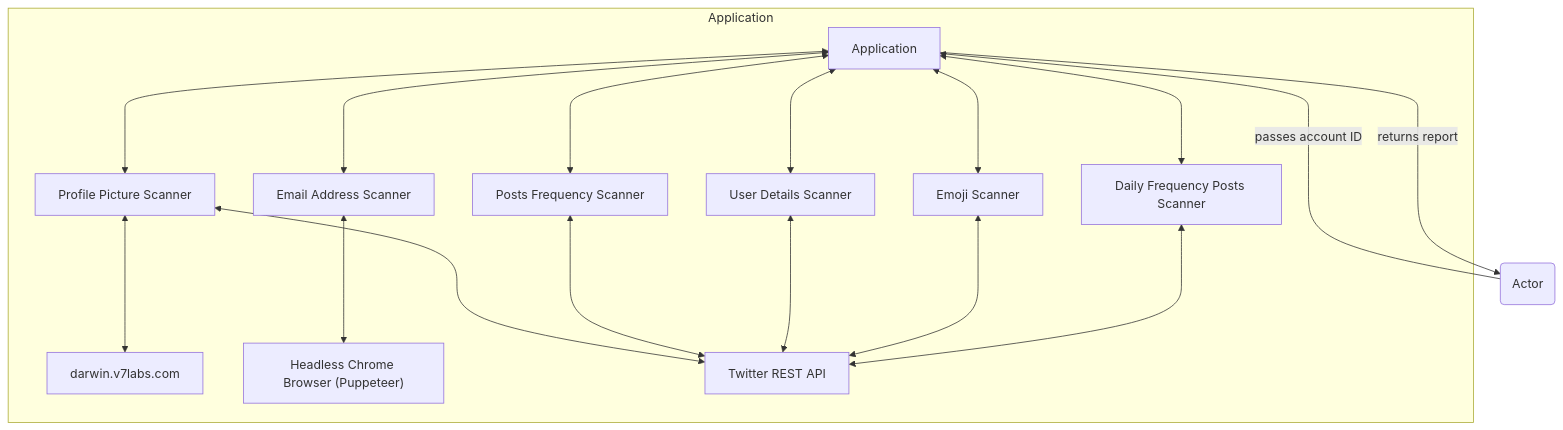
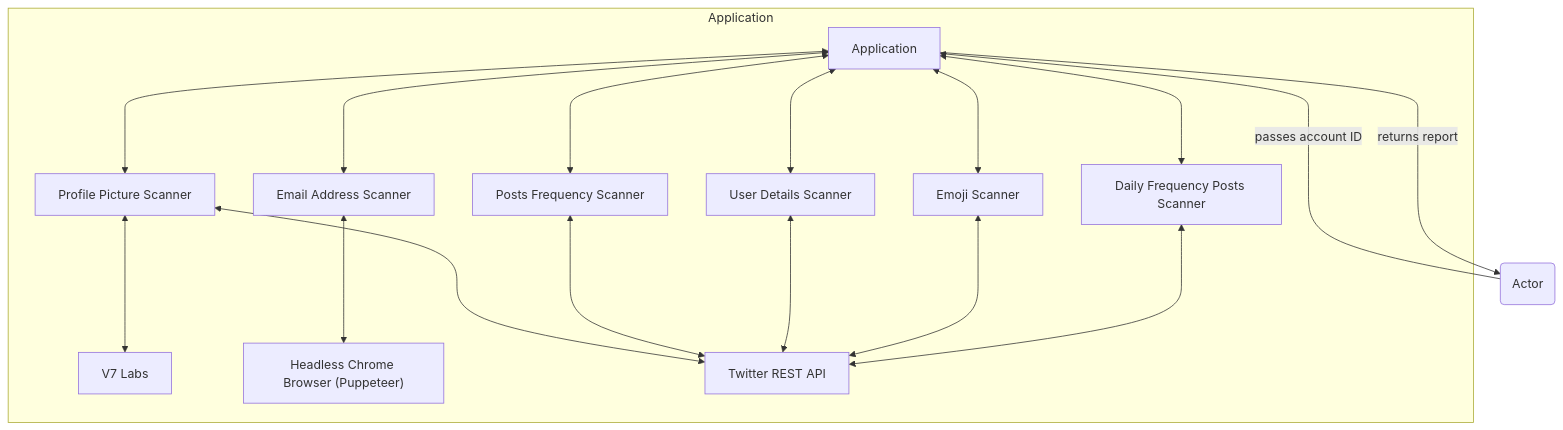
The diagram in README.md (elszczepano/master-thesis-automation), drawn with Mermaid before and after one commit. The commit also changed 3 other files, not shown here.

````diff
--- a/README.md
+++ b/README.md
@@ -24,20 +24,20 @@
 ```mermaid
 flowchart BT
     A(Actor) -- passes account ID ----> B[Application]
     B -- returns report --> A
     subgraph Application
         C[Profile Picture Scanner] <---> B
         E[Posts Frequency Scanner] <---> B
         F[User Details Scanner] <---> B
         G[Emoji Scanner] <---> B
         K[Daily Frequency Posts Scanner]  <---> B
         D[Email Address Scanner] <---> B
-        H[darwin.v7labs.com] <---> C
+        H[V7 Labs] <---> C
         I["Headless Chrome Browser (Puppeteer)"] <---> D
         J[Twitter REST API] <---> C
         J[Twitter REST API] <---> E
         J[Twitter REST API] <---> F
         J[Twitter REST API] <---> G
         J[Twitter REST API] <---> K
     end
 ```
````
